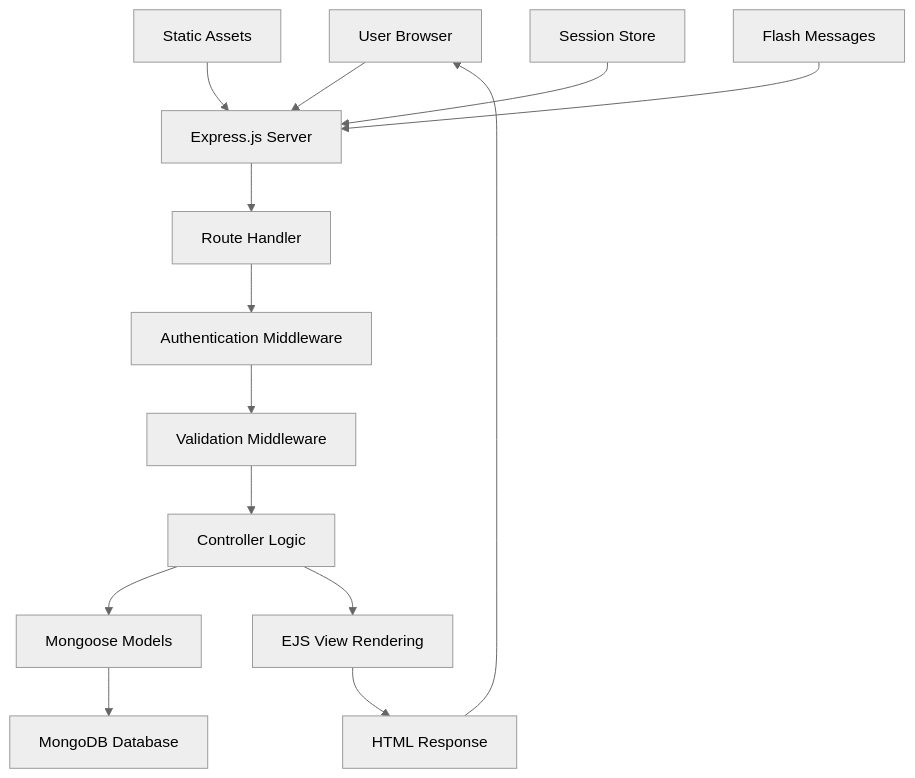
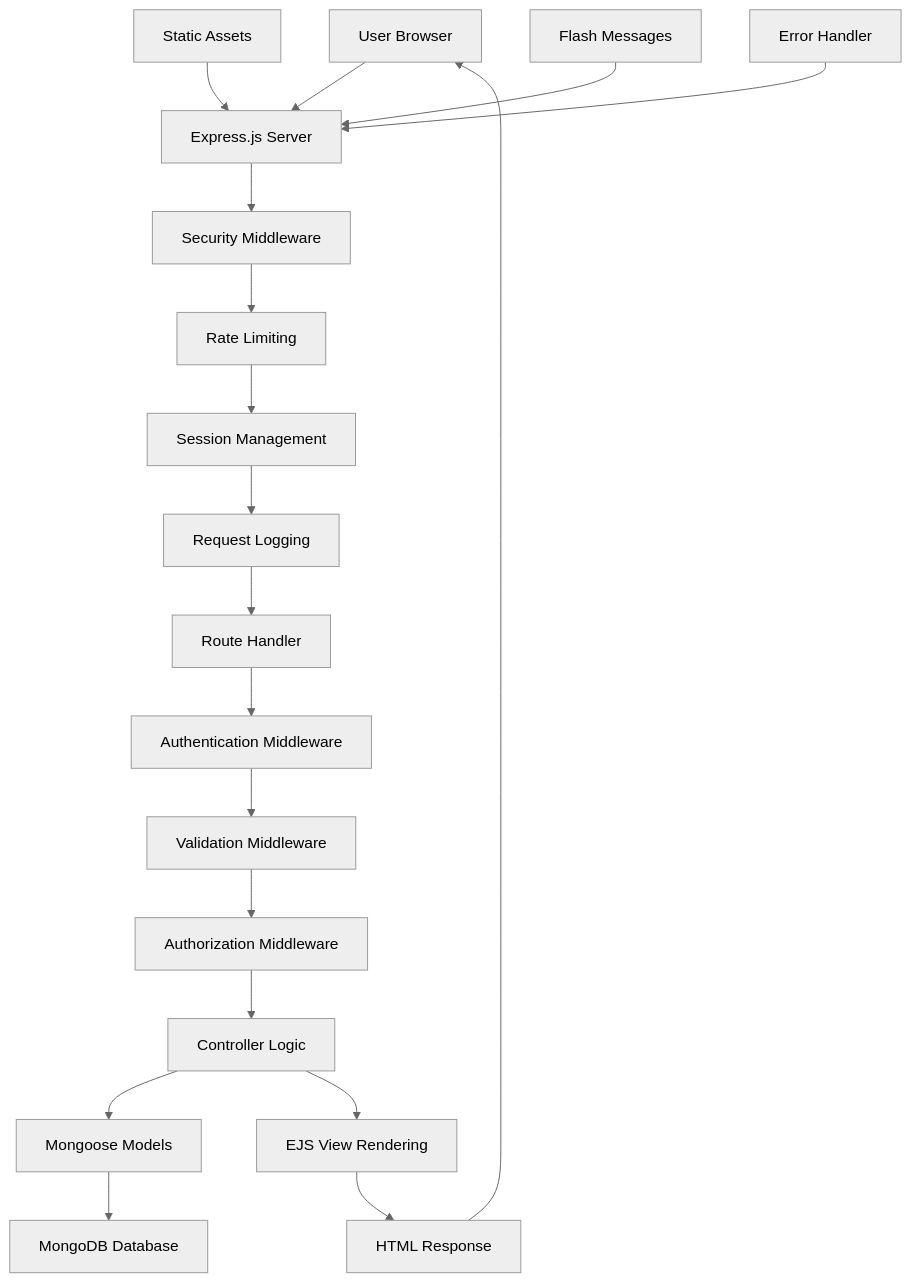
One commit to hutchybop/app-slapp changed the first of 8 diagrams in docs/ARCHITECTURE_REFERENCE.md. Above: the diagram before and after it, drawn with Mermaid (neutral theme). The commit also changed other lines of this file and 11 other files, not shown here.

````diff
--- a/docs/ARCHITECTURE_REFERENCE.md
+++ b/docs/ARCHITECTURE_REFERENCE.md
@@ -24,17 +39,22 @@
 ```mermaid
 graph TB
     A[User Browser] --> B[Express.js Server]
-    B --> C[Route Handler]
-    C --> D[Authentication Middleware]
-    D --> E[Validation Middleware]
-    E --> F[Controller Logic]
-    F --> G[Mongoose Models]
-    G --> H[MongoDB Database]
-    F --> I[EJS View Rendering]
-    I --> J[HTML Response]
-    J --> A
+    B --> C[Security Middleware]
+    C --> D[Rate Limiting]
+    D --> E[Session Management]
+    E --> F[Request Logging]
+    F --> G[Route Handler]
+    G --> H[Authentication Middleware]
+    H --> I[Validation Middleware]
+    I --> J[Authorization Middleware]
+    J --> K[Controller Logic]
+    K --> L[Mongoose Models]
+    L --> M[MongoDB Database]
+    K --> N[EJS View Rendering]
+    N --> O[HTML Response]
+    O --> A
 
-    K[Static Assets] --> B
-    L[Session Store] --> B
-    M[Flash Messages] --> B
+    P[Static Assets] --> B
+    Q[Flash Messages] --> B
+    R[Error Handler] --> B
 ```
````
